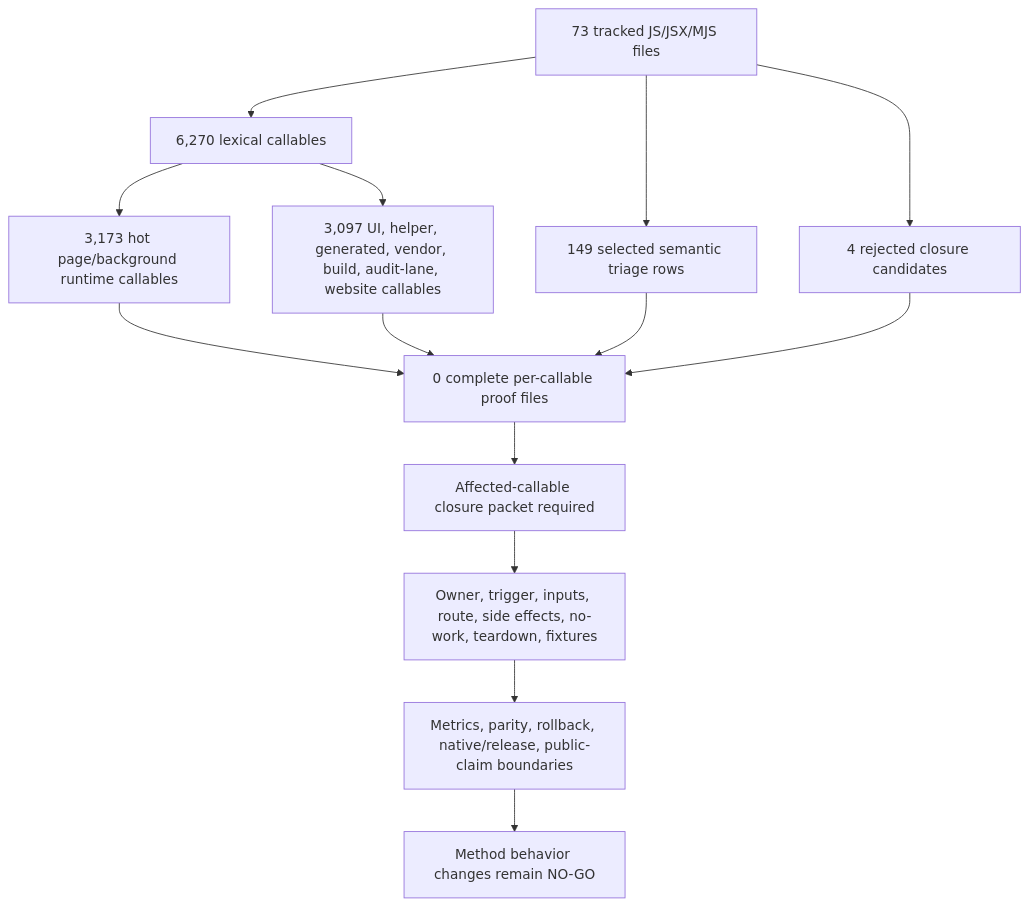
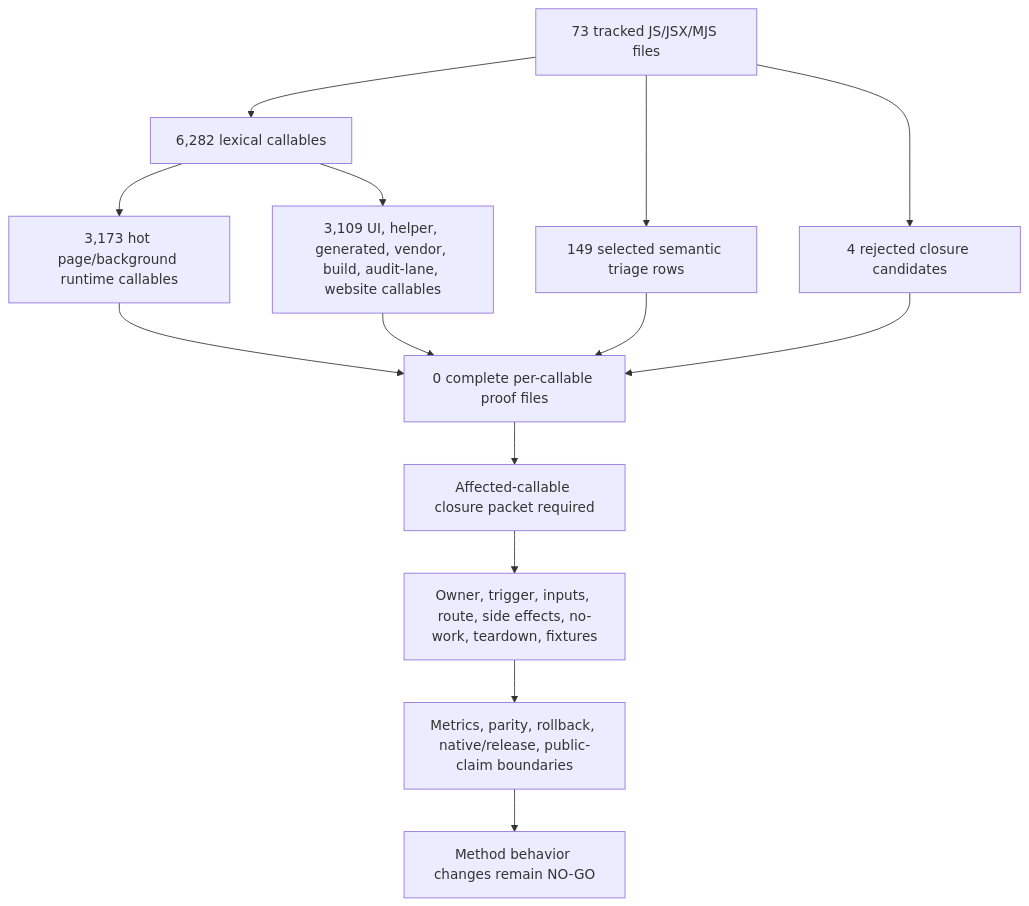
One commit to varshneydevansh/FilterTube changed the first of 2 diagrams in docs/audit/FILTERTUBE_METHOD_SEMANTIC_PROOF_GAP_INDEX_CURRENT_BEHAVIOR_2026-05-25.md. Above: the diagram before and after it, drawn with Mermaid. The commit also changed other lines of this file and 37 other files, not shown here.

````diff
--- a/docs/audit/FILTERTUBE_METHOD_SEMANTIC_PROOF_GAP_INDEX_CURRENT_BEHAVIOR_2026-05-25.md
+++ b/docs/audit/FILTERTUBE_METHOD_SEMANTIC_PROOF_GAP_INDEX_CURRENT_BEHAVIOR_2026-05-25.md
@@ -147,16 +147,16 @@
 ```mermaid
 flowchart TD
-  A["73 tracked JS/JSX/MJS files"] --> B["6,270 lexical callables"]
+  A["73 tracked JS/JSX/MJS files"] --> B["6,282 lexical callables"]
   B --> C["3,173 hot page/background runtime callables"]
-  B --> D["3,097 UI, helper, generated, vendor, build, audit-lane, website callables"]
+  B --> D["3,109 UI, helper, generated, vendor, build, audit-lane, website callables"]
   A --> E["149 selected semantic triage rows"]
   A --> F["4 rejected closure candidates"]
   C --> G["0 complete per-callable proof files"]
   D --> G
   E --> G
   F --> G
   G --> H["Affected-callable closure packet required"]
   H --> I["Owner, trigger, inputs, route, side effects, no-work, teardown, fixtures"]
   I --> J["Metrics, parity, rollback, native/release, public-claim boundaries"]
   J --> K["Method behavior changes remain NO-GO"]
 ```
````
